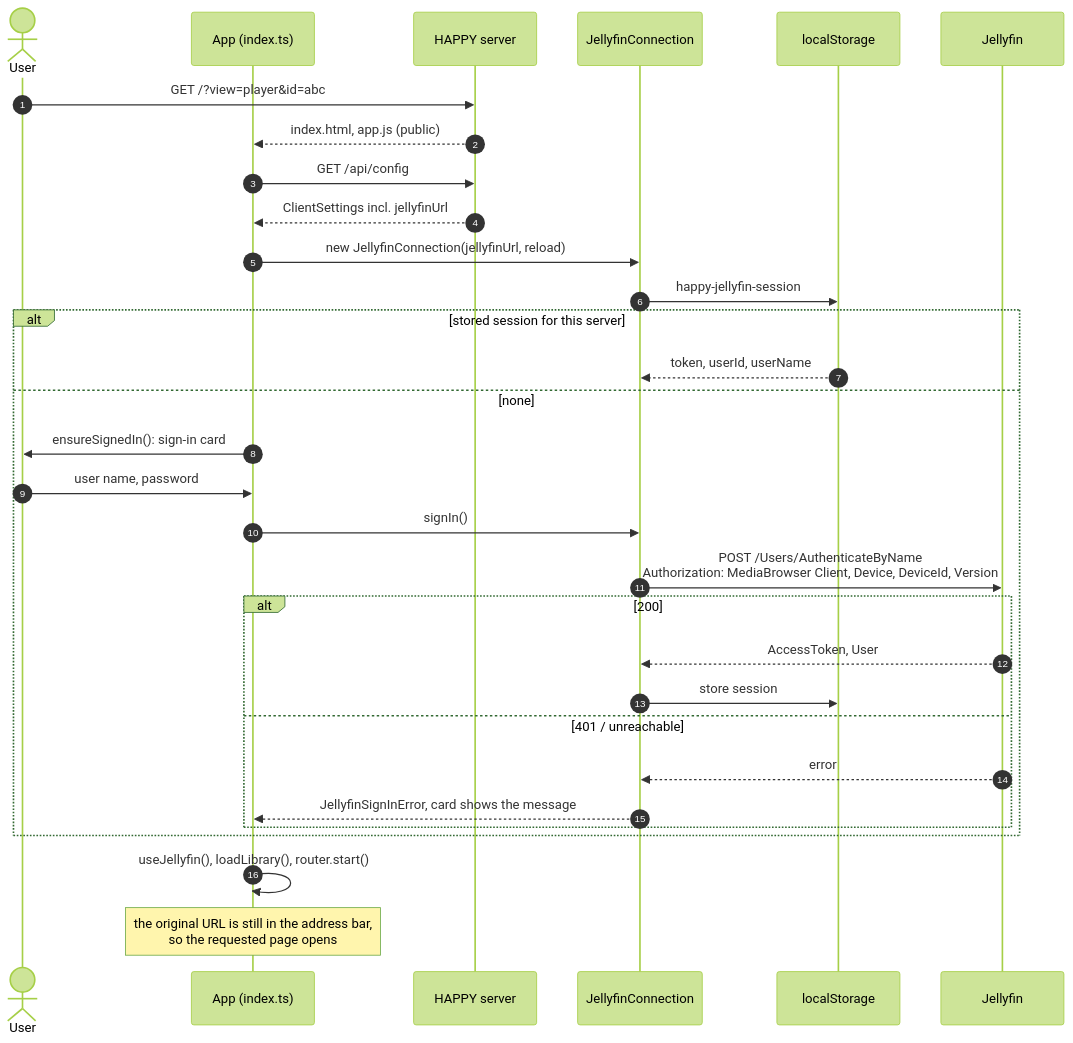
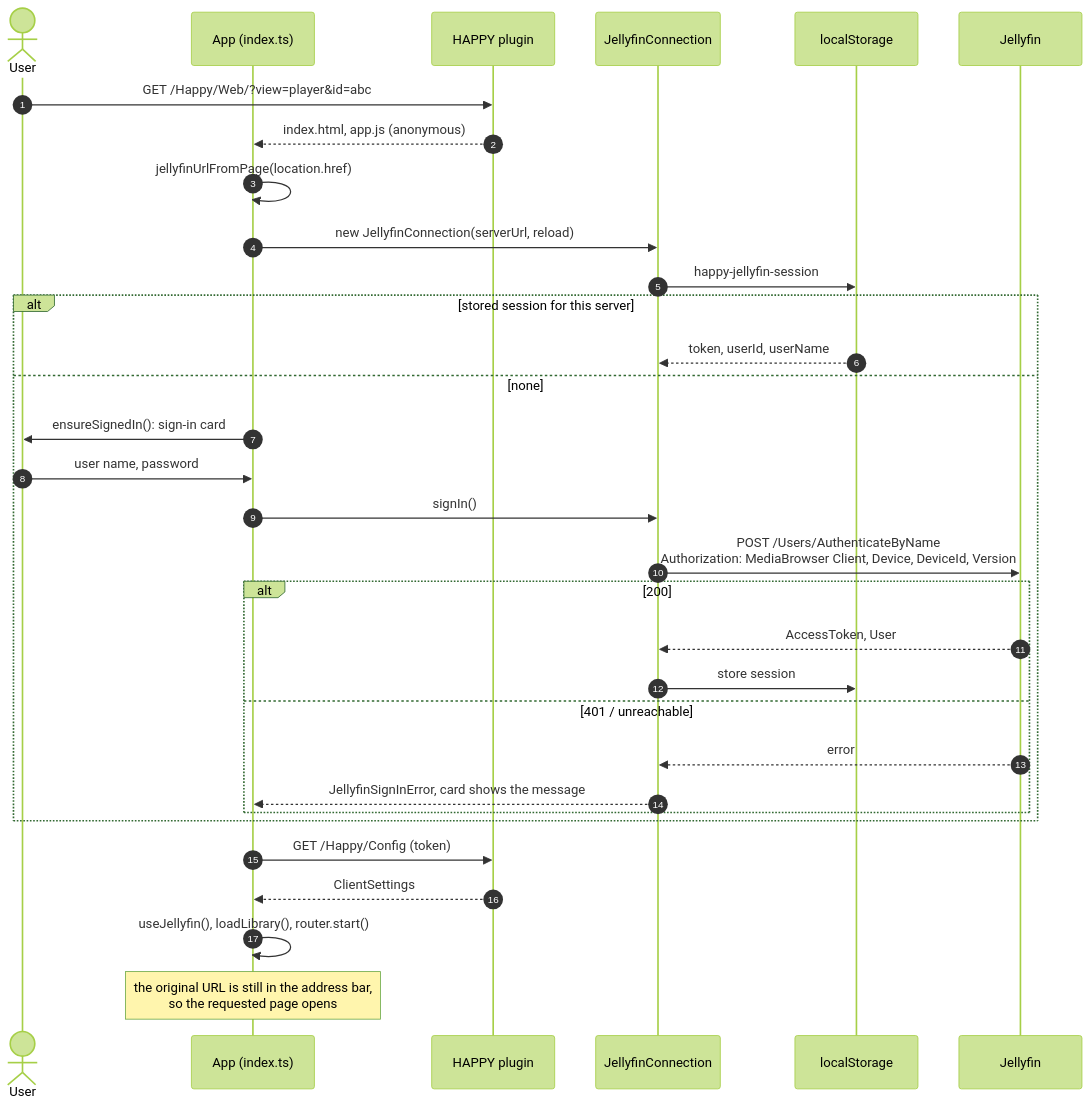
Before and after one commit to lumbar-spine-support/docker-haptic-player: the first of 2 diagrams in docs/developer/use-cases/login.md, drawn with Mermaid (forest theme). The commit also changed other lines of this file and 54 other files, not shown here.

First line of the commit message:
feat!: remove the HAPPY Node server

````diff
--- a/docs/developer/use-cases/login.md
+++ b/docs/developer/use-cases/login.md
@@ -11,34 +11,35 @@
 ```mermaid
 sequenceDiagram
   autonumber
   actor U as User
   participant A as App (index.ts)
-  participant S as HAPPY server
+  participant P as HAPPY plugin
   participant C as JellyfinConnection
   participant LS as localStorage
   participant J as Jellyfin
 
-  U->>S: GET /?view=player&id=abc
-  S-->>A: index.html, app.js (public)
-  A->>S: GET /api/config
-  S-->>A: ClientSettings incl. jellyfinUrl
-  A->>C: new JellyfinConnection(jellyfinUrl, reload)
+  U->>P: GET /Happy/Web/?view=player&id=abc
+  P-->>A: index.html, app.js (anonymous)
+  A->>A: jellyfinUrlFromPage(location.href)
+  A->>C: new JellyfinConnection(serverUrl, reload)
   C->>LS: happy-jellyfin-session
   alt stored session for this server
     LS-->>C: token, userId, userName
   else none
     A->>U: ensureSignedIn(): sign-in card
     U->>A: user name, password
     A->>C: signIn()
     C->>J: POST /Users/AuthenticateByName<br/>Authorization: MediaBrowser Client, Device, DeviceId, Version
     alt 200
       J-->>C: AccessToken, User
       C->>LS: store session
     else 401 / unreachable
       J-->>C: error
       C-->>A: JellyfinSignInError, card shows the message
     end
   end
+  A->>P: GET /Happy/Config (token)
+  P-->>A: ClientSettings
   A->>A: useJellyfin(), loadLibrary(), router.start()
   Note over A: the original URL is still in the address bar,<br/>so the requested page opens
 ```
````
